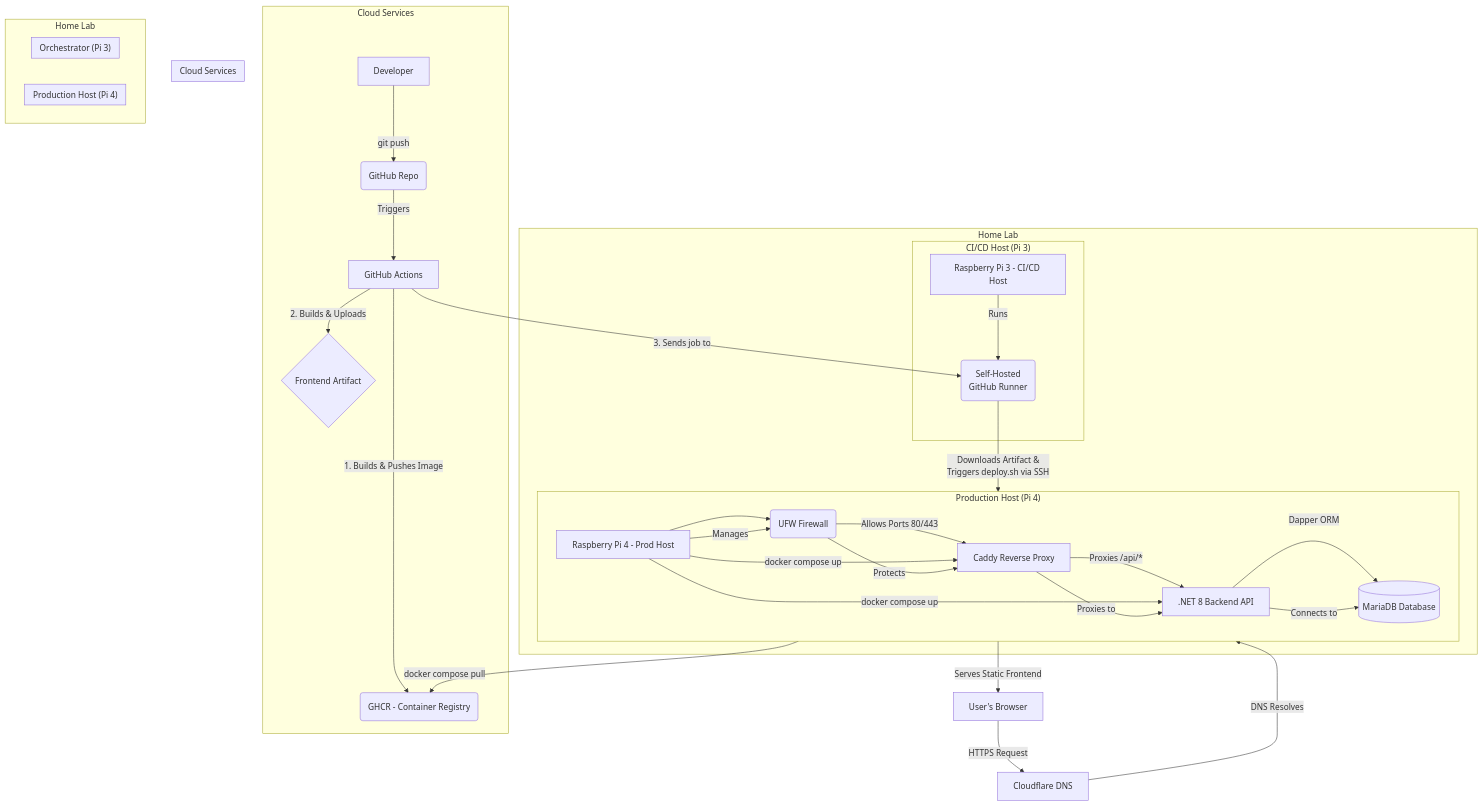
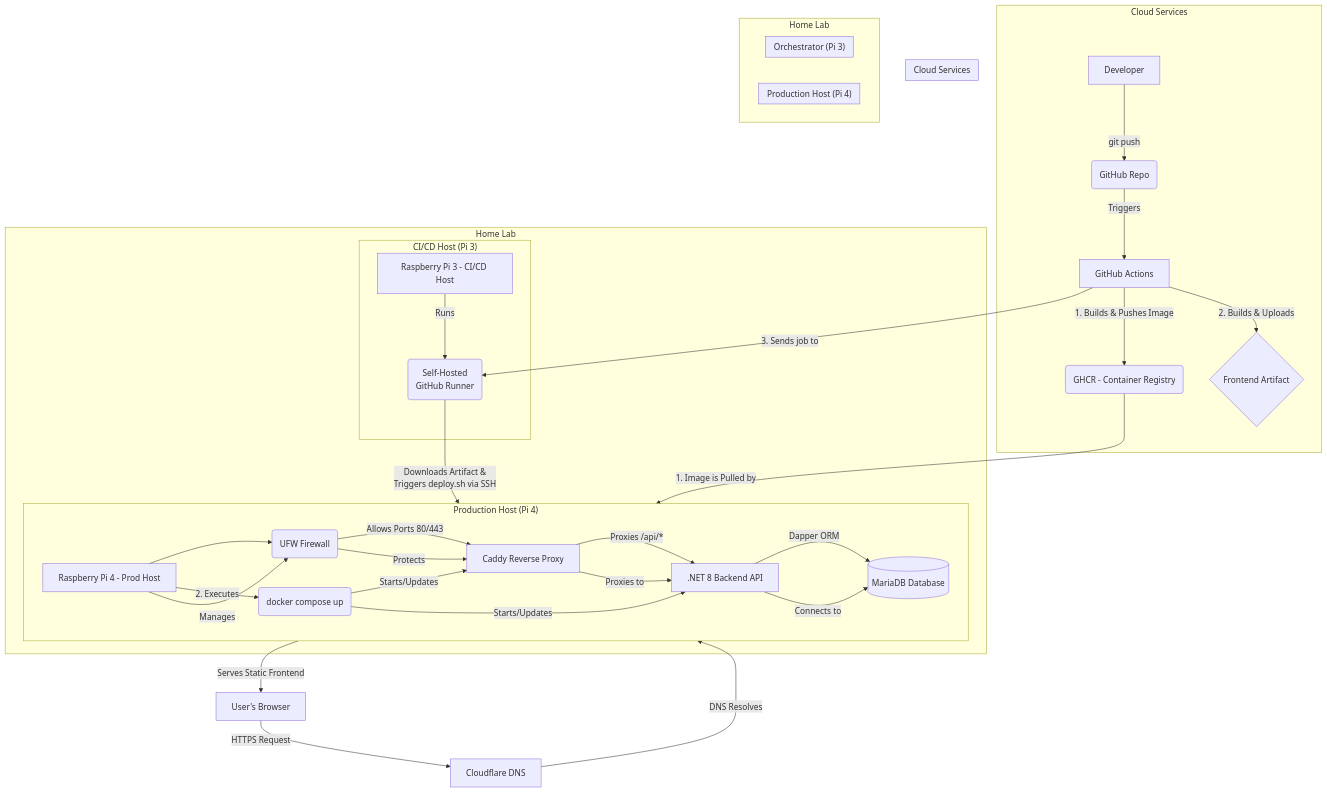
Before and after one commit to lsteen89/SteenBudgetSolution: the diagram in README.md, drawn with Mermaid. The commit also changed other lines of this file, not shown here.

Commit message:
Update README.md
Slight update of readme

```diff
--- a/README.md
+++ b/README.md
@@ -166,6 +166,9 @@
     GitHubActions["GitHub Actions"]
     GHCR(GHCR - Container Registry)
     FrontendArtifact{Frontend Artifact}
+    
+    %% Action Node
+    DockerComposeUp("docker compose up")
 
     %% == 2. Define Subgraphs (Visual Grouping) ==
     subgraph "Cloud Services"
@@ -184,6 +187,7 @@
             Caddy
             BackendAPI
             MariaDB
+            DockerComposeUp
         end
         
         subgraph "CI/CD Host (Pi 3)"
@@ -212,9 +216,10 @@
     
     %% Deployment Flow
     Runner -- "Downloads Artifact &<br/>Triggers deploy.sh via SSH" --> Pi4
-    Pi4 -- "docker compose pull" --> GHCR
-    Pi4 -- "docker compose up" --> Caddy
-    Pi4 -- "docker compose up" --> BackendAPI
+    GHCR -- 1. Image is Pulled by --> Pi4
+    Pi4 -- 2. Executes --> DockerComposeUp
+    DockerComposeUp -- Starts/Updates --> Caddy
+    DockerComposeUp -- Starts/Updates --> BackendAPI
 
     %% == 3. Define Subgraphs (Visual Grouping) ==
 
```
